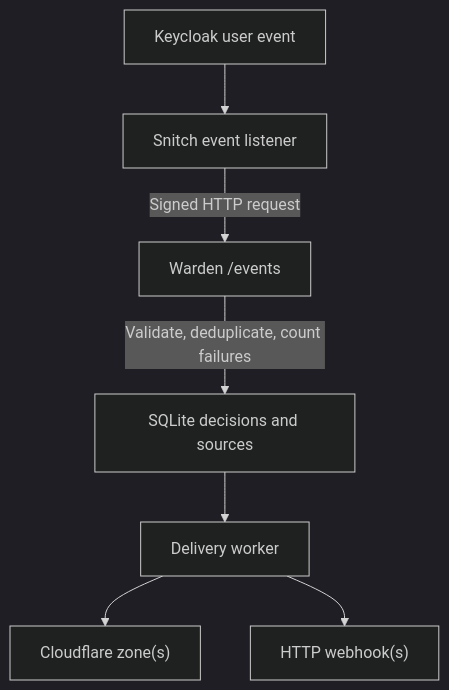
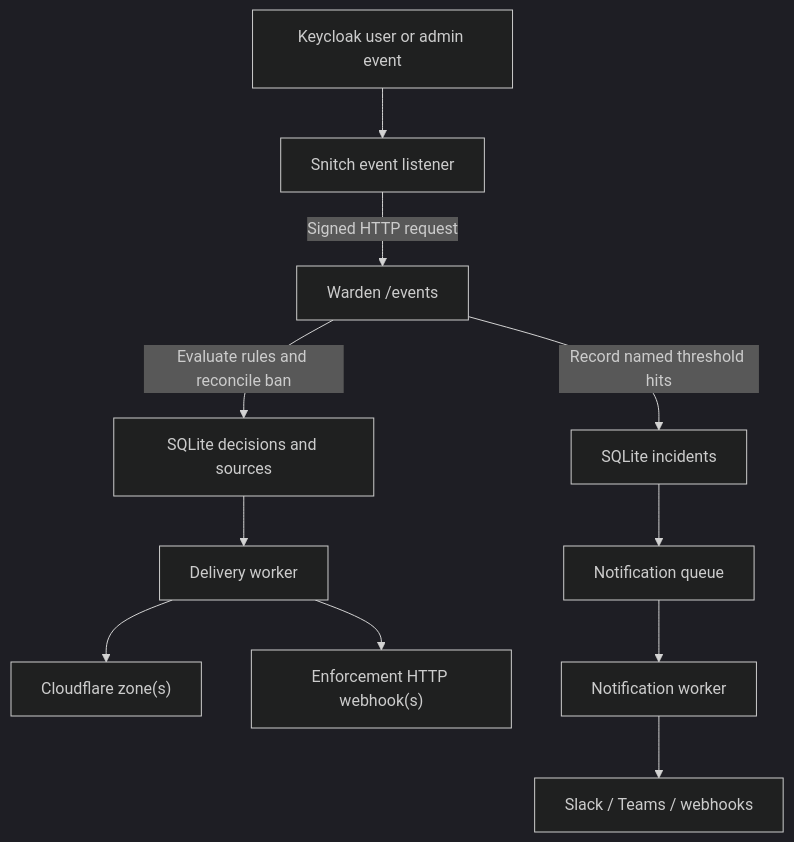
The first of 2 diagrams in docs/content/architecture.md (gi8lino/keycloak-warden), drawn with Mermaid (dark theme) before and after one commit. The commit also changed other lines of this file and 216 other files, not shown here.

Commit message:
feat: support named detection rules and security incidents

````diff
--- a/docs/content/architecture.md
+++ b/docs/content/architecture.md
@@ -5,18 +5,26 @@
 ```mermaid
 flowchart TD
-    A["Keycloak user event"]
+    A["Keycloak user or admin event"]
     B["Snitch event listener"]
     C["Warden /events"]
     D["SQLite decisions and sources"]
+    H["SQLite incidents"]
     E["Delivery worker"]
     F["Cloudflare zone(s)"]
-    G["HTTP webhook(s)"]
+    G["Enforcement HTTP webhook(s)"]
+    N["Notification queue"]
+    W["Notification worker"]
+    S["Slack / Teams / webhooks"]
 
     A --> B
     B -->|"Signed HTTP request"| C
-    C -->|"Validate, deduplicate, count failures"| D
+    C -->|"Evaluate rules and reconcile ban"| D
+    C -->|"Record named threshold hits"| H
     D --> E
     E --> F
     E --> G
+    H --> N
+    N --> W
+    W --> S
 
 ```
````
